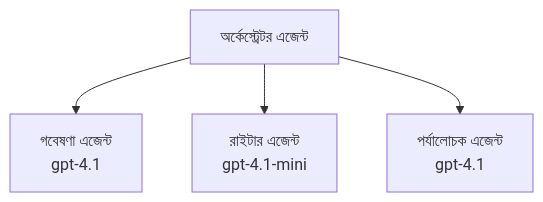
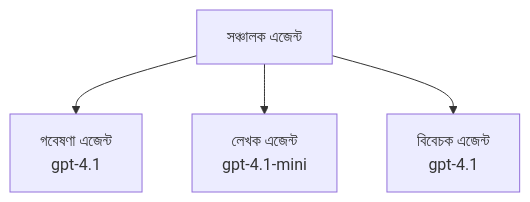
One commit to microsoft/AZD-for-beginners changed the third of 3 diagrams in translations/bn/docs/chapter-02-ai-development/agents.md. Above: the diagram before and after it, drawn with Mermaid. The commit also changed other lines of this file and 101 other files, not shown here.

````diff
--- a/translations/bn/docs/chapter-02-ai-development/agents.md
+++ b/translations/bn/docs/chapter-02-ai-development/agents.md
@@ -189,6 +194,6 @@
 ```mermaid
 graph TD
-    Orchestrator[অর্কেস্ট্রেটর এজেন্ট] --> Research[গবেষণা এজেন্ট<br/>gpt-4.1]
-    Orchestrator --> Writer[রাইটার এজেন্ট<br/>gpt-4.1-mini]
-    Orchestrator --> Reviewer[পর্যালোচক এজেন্ট<br/>gpt-4.1]
+    Orchestrator[সঞ্চালক এজেন্ট] --> Research[গবেষণা এজেন্ট<br/>gpt-4.1]
+    Orchestrator --> Writer[লেখক এজেন্ট<br/>gpt-4.1-mini]
+    Orchestrator --> Reviewer[বিবেচক এজেন্ট<br/>gpt-4.1]
 ```
````
